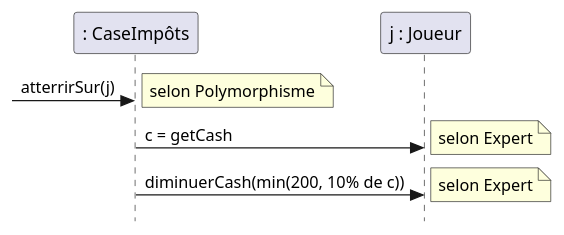
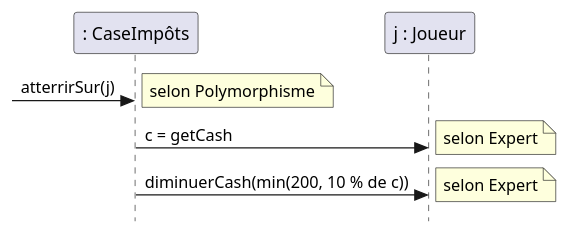
One commit to fuhrmanator/log210-ndc-quarto changed the fifth of 6 diagrams in Exercice_Coder_des_méthodes_des_DS.qmd. Above: the diagram before and after it, drawn with PlantUML. The commit also changed other lines of this file and 2 other files, not shown here.

````diff
--- a/Exercice_Coder_des_méthodes_des_DS.qmd
+++ b/Exercice_Coder_des_méthodes_des_DS.qmd
@@ -134,14 +134,14 @@
     ```{.plantuml}
     @startuml
     skinparam style strictuml
     scale 1.0
     participant ": CaseImpôts" as im
     participant "j : Joueur" as j
     -> im : atterrirSur(j)
     note left: selon Polymorphisme
     im -> j : c = getCash
     note right : selon Expert
-    im -> j : diminuerCash(min(200, 10% de c))
+    im -> j : diminuerCash(min(200, 10 % de c))
     note right : selon Expert
     @enduml
     ```
````
